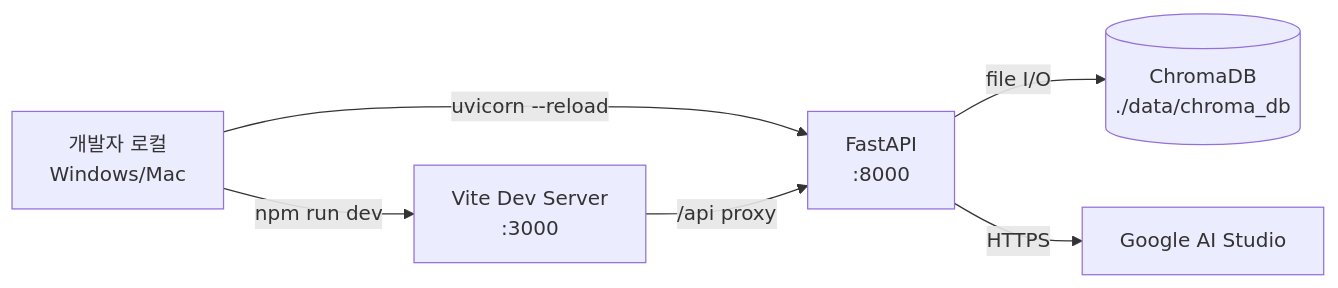
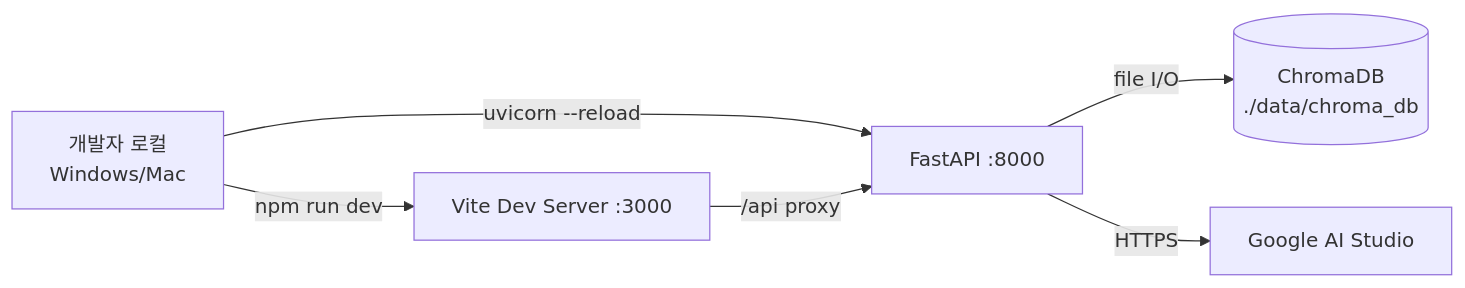
The second of 3 diagrams in docs/architecture.md (woochichichi/2026_HICT_ChatBot), drawn with Mermaid before and after one commit. The commit also changed other lines of this file and 1 other file, not shown here.

Commit message:
fix: mermaid error

````diff
--- a/docs/architecture.md
+++ b/docs/architecture.md
@@ -140,9 +140,9 @@
 ```mermaid
 flowchart LR
-  Dev[개발자 로컬<br/>Windows/Mac]
-  Dev -->|npm run dev| Vite[Vite Dev Server<br/>:3000]
-  Dev -->|uvicorn --reload| FastAPI[FastAPI<br/>:8000]
+  Dev["개발자 로컬<br/>Windows/Mac"]
+  Dev -->|npm run dev| Vite["Vite Dev Server :3000"]
+  Dev -->|uvicorn --reload| FastAPI["FastAPI :8000"]
   Vite -->|/api proxy| FastAPI
-  FastAPI -->|file I/O| ChromaDB[(ChromaDB<br/>./data/chroma_db)]
-  FastAPI -->|HTTPS| Google[Google AI Studio]
+  FastAPI -->|file I/O| ChromaDB[("ChromaDB<br/>./data/chroma_db")]
+  FastAPI -->|HTTPS| Google["Google AI Studio"]
 ```
````
